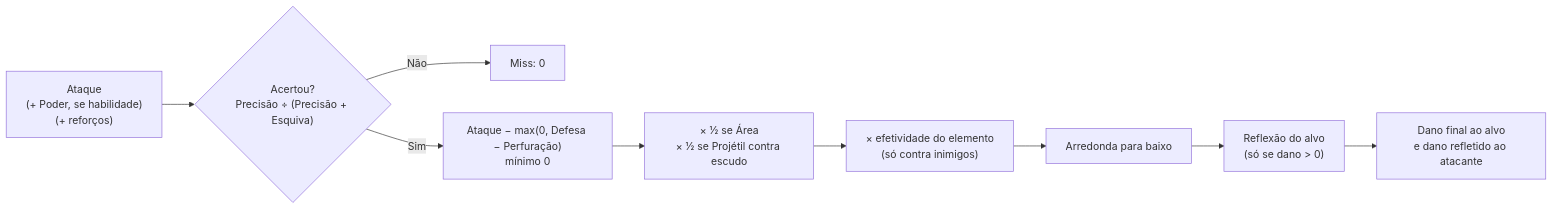
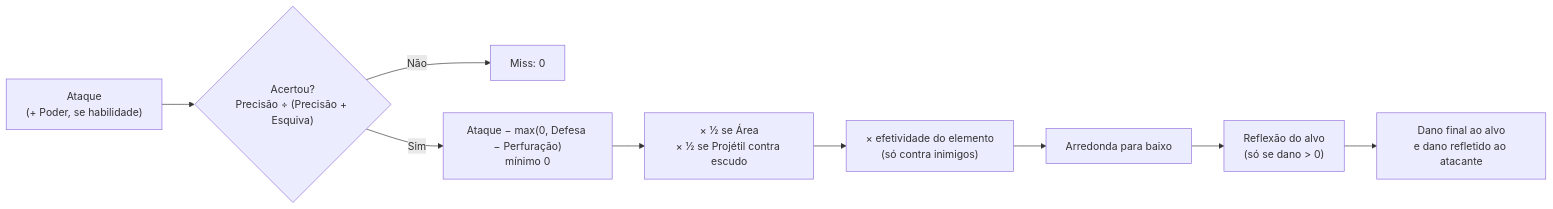
Before and after one commit to frnndog-suav/Misadventure_Frontend_V3: diagram 14 of 17 in docs/README.md, drawn with Mermaid. The commit also changed other lines of this file, not shown here.

````diff
--- a/docs/README.md
+++ b/docs/README.md
@@ -1683,11 +1692,11 @@
 ```mermaid
 flowchart LR
-    A["Ataque<br/>(+ Poder, se habilidade)<br/>(+ reforços)"] --> H{"Acertou?<br/>Precisão ÷ (Precisão + Esquiva)"}
+    A["Ataque<br/>(+ Poder, se habilidade)"] --> H{"Acertou?<br/>Precisão ÷ (Precisão + Esquiva)"}
     H -->|Não| M[Miss: 0]
     H -->|Sim| D["Ataque − max(0, Defesa − Perfuração)<br/>mínimo 0"]
     D --> HF["× ½ se Área<br/>× ½ se Projétil contra escudo"]
     HF --> EL["× efetividade do elemento<br/>(só contra inimigos)"]
     EL --> RD[Arredonda para baixo]
     RD --> R["Reflexão do alvo<br/>(só se dano > 0)"]
     R --> F[Dano final ao alvo<br/>e dano refletido ao atacante]
 ```
````
